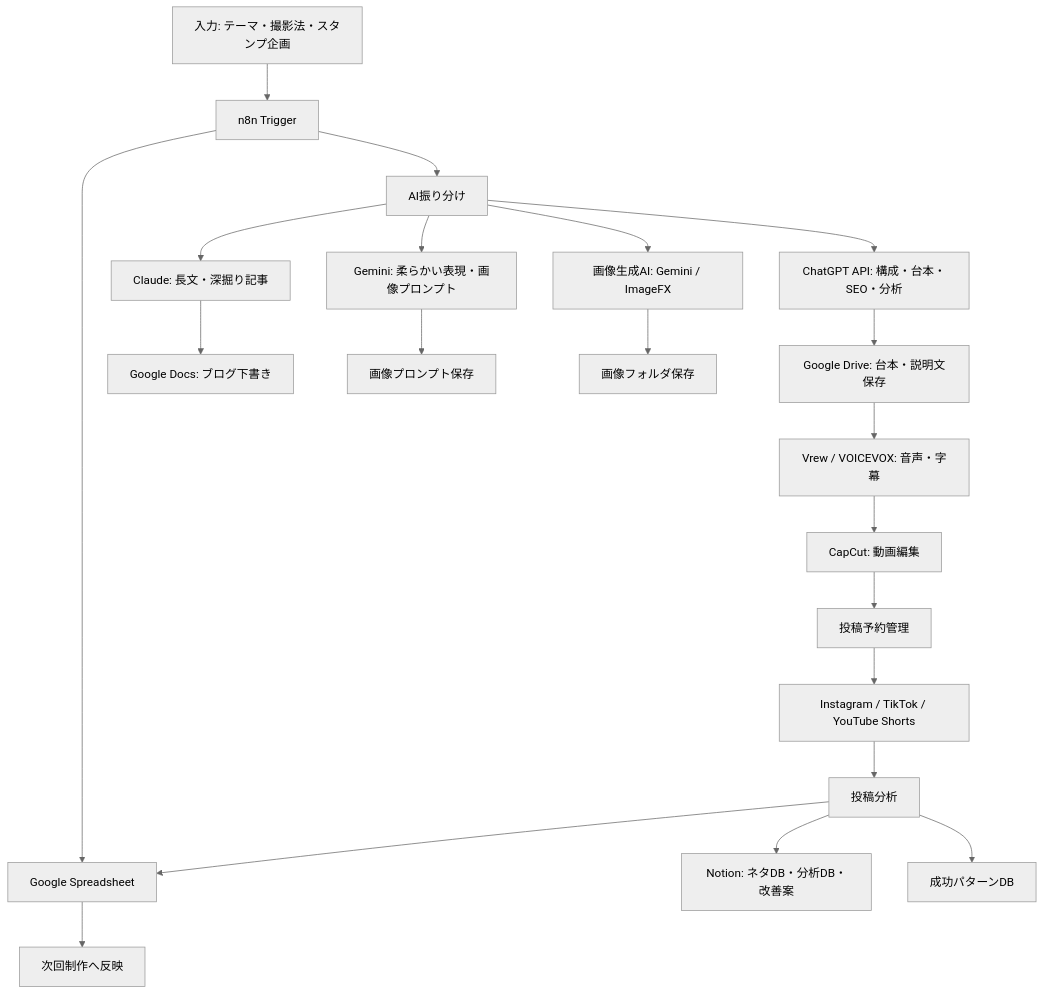
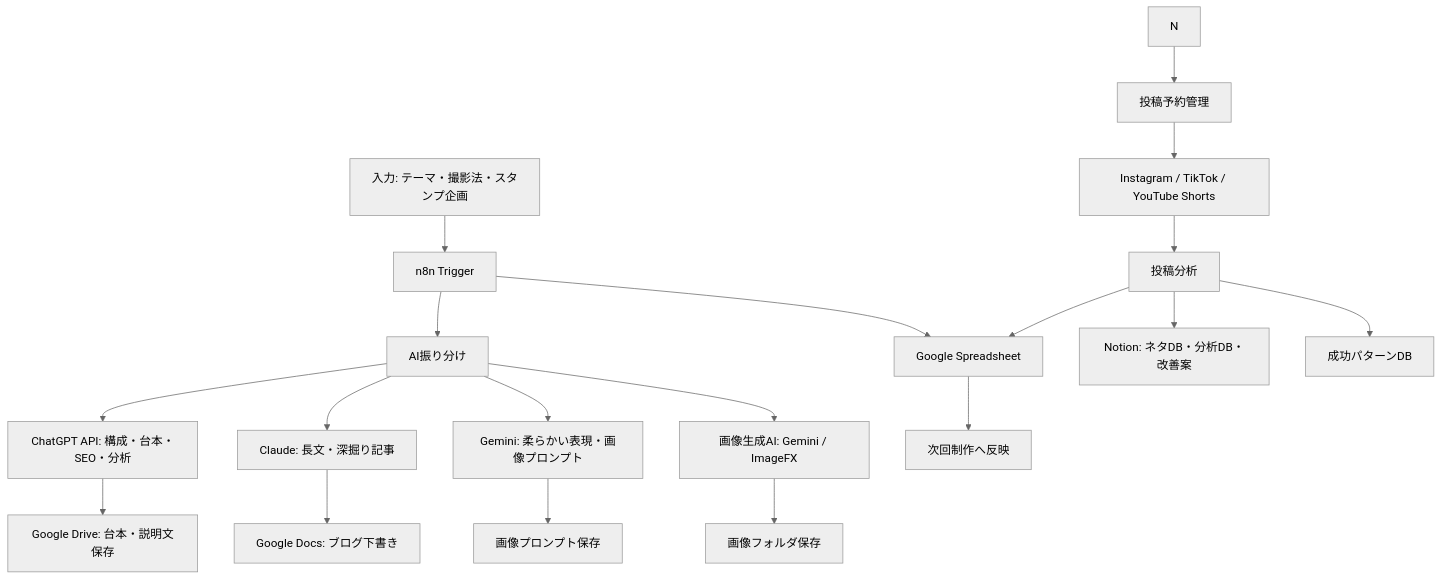
Before and after one commit to AnRyG3/ANRYCOMPANY_v2: the diagram in 01_ショート動画_リール_YouTubeShorts/放射線技師の安心ラボ_n8n自動化システム/README_n8n自動化システム.md, drawn with Mermaid (neutral theme). The commit also changed 231 other files, not shown here.

````diff
--- a/01_ショート動画_リール_YouTubeShorts/放射線技師の安心ラボ_n8n自動化システム/README_n8n自動化システム.md
+++ b/01_ショート動画_リール_YouTubeShorts/放射線技師の安心ラボ_n8n自動化システム/README_n8n自動化システム.md
@@ -41,23 +41,21 @@
 ```mermaid
 flowchart TD
     A["入力: テーマ・撮影法・スタンプ企画"] --> B["n8n Trigger"]
     B --> C["Google Spreadsheet"]
     B --> D["AI振り分け"]
     D --> E["ChatGPT API: 構成・台本・SEO・分析"]
     D --> F["Claude: 長文・深掘り記事"]
     D --> G["Gemini: 柔らかい表現・画像プロンプト"]
     D --> H["画像生成AI: Gemini / ImageFX"]
     E --> I["Google Drive: 台本・説明文保存"]
     F --> J["Google Docs: ブログ下書き"]
     G --> K["画像プロンプト保存"]
     H --> L["画像フォルダ保存"]
-    I --> M["Vrew / VOICEVOX: 音声・字幕"]
-    M --> N["CapCut: 動画編集"]
     N --> O["投稿予約管理"]
     O --> P["Instagram / TikTok / YouTube Shorts"]
     P --> Q["投稿分析"]
     Q --> C
     Q --> R["Notion: ネタDB・分析DB・改善案"]
     Q --> S["成功パターンDB"]
     C --> T["次回制作へ反映"]
 ```
````
